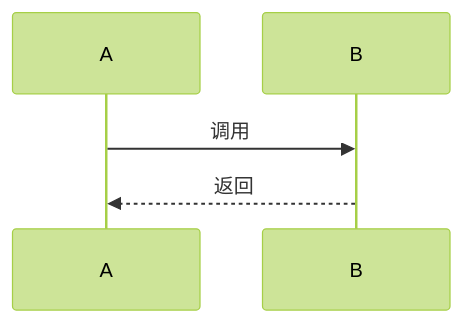
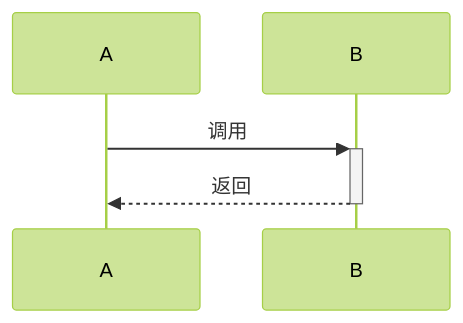
The seventh of 8 diagrams in source/_posts/UML/UML图表指引.md (fightinggg/hexo-blog), drawn with Mermaid (forest theme) before and after one commit. The commit also changed 5 other files, not shown here.

````diff
--- a/source/_posts/UML/UML图表指引.md
+++ b/source/_posts/UML/UML图表指引.md
@@ -168,5 +168,5 @@
 ```mermaid
 sequenceDiagram
-  A ->> B: 调用
-  B -->> A: 返回
+  A ->> +B: 调用
+  B -->> -A: 返回
 ```
````
